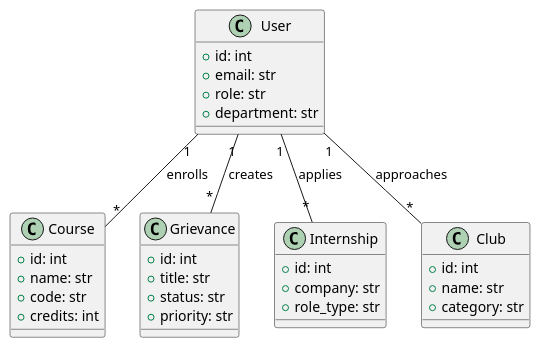
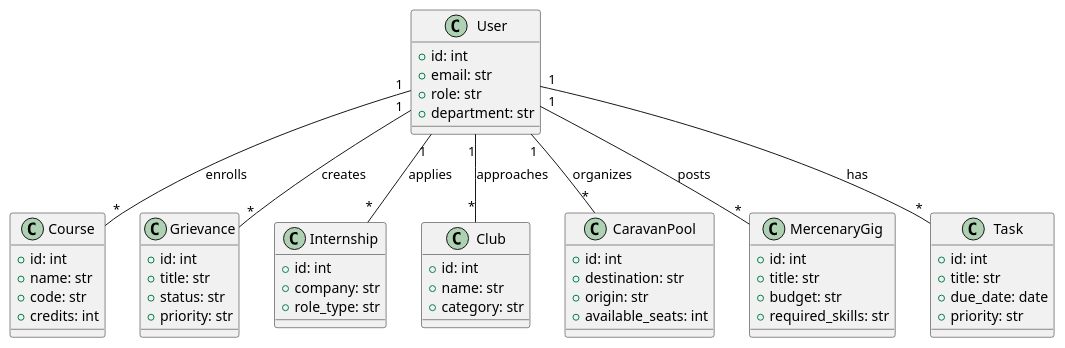
The third of 4 diagrams in Project_Architecture_Codes.md (omnox-dev/Aegis-one), drawn with PlantUML before and after one commit. The commit also changed other lines of this file and 7 other files, not shown here.

````diff
--- a/Project_Architecture_Codes.md
+++ b/Project_Architecture_Codes.md
@@ -181,41 +297,65 @@
 ```plantuml
 @startuml
 class User {
   +id: int
   +email: str
   +role: str
   +department: str
 }
 
 class Course {
   +id: int
   +name: str
   +code: str
   +credits: int
 }
 
 class Grievance {
   +id: int
   +title: str
   +status: str
   +priority: str
 }
 
 class Internship {
   +id: int
   +company: str
   +role_type: str
 }
 
 class Club {
   +id: int
   +name: str
   +category: str
 }
 
+class CaravanPool {
+  +id: int
+  +destination: str
+  +origin: str
+  +available_seats: int
+}
+
+class MercenaryGig {
+  +id: int
+  +title: str
+  +budget: str
+  +required_skills: str
+}
+
+class Task {
+  +id: int
+  +title: str
+  +due_date: date
+  +priority: str
+}
+
 User "1" -- "*" Grievance : creates
 User "1" -- "*" Course : enrolls
 User "1" -- "*" Club : approaches
 User "1" -- "*" Internship : applies
+User "1" -- "*" CaravanPool : organizes
+User "1" -- "*" MercenaryGig : posts
+User "1" -- "*" Task : has
 @enduml
 ```
````
